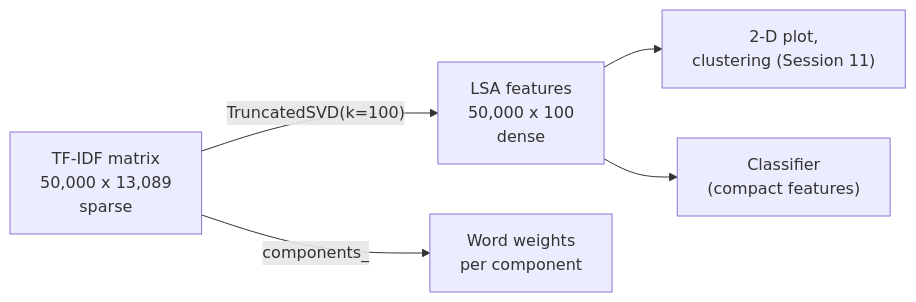
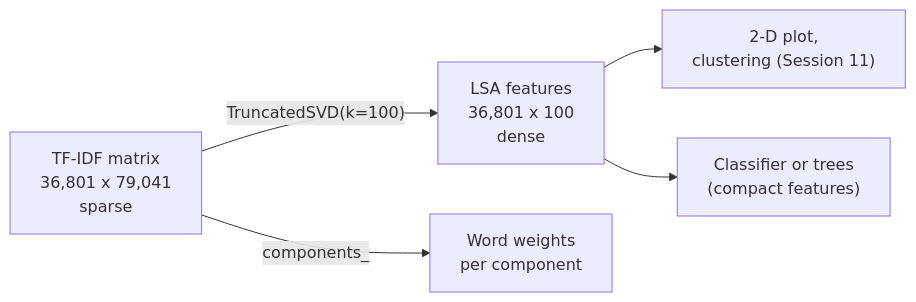
Before and after one commit to khoadaniel/statistical-programming-mpmd-htw-ws-2026: the second of 3 diagrams in sessions/13-classical-nlp/theory/03-error-analysis-and-limits.md, drawn with Mermaid. The commit also changed other lines of this file and 268 other files, not shown here.

````diff
--- a/sessions/13-classical-nlp/theory/03-error-analysis-and-limits.md
+++ b/sessions/13-classical-nlp/theory/03-error-analysis-and-limits.md
@@ -185,7 +182,7 @@
 ```mermaid
 flowchart LR
-    X["TF-IDF matrix<br/>50,000 x 13,089<br/>sparse"] -->|"TruncatedSVD(k=100)"| Z["LSA features<br/>50,000 x 100<br/>dense"]
+    X["TF-IDF matrix<br/>36,801 x 79,041<br/>sparse"] -->|"TruncatedSVD(k=100)"| Z["LSA features<br/>36,801 x 100<br/>dense"]
     Z --> P["2-D plot,<br/>clustering (Session 11)"]
-    Z --> M["Classifier<br/>(compact features)"]
+    Z --> M["Classifier or trees<br/>(compact features)"]
     X -->|"components_"| W["Word weights<br/>per component"]
 ```
````
